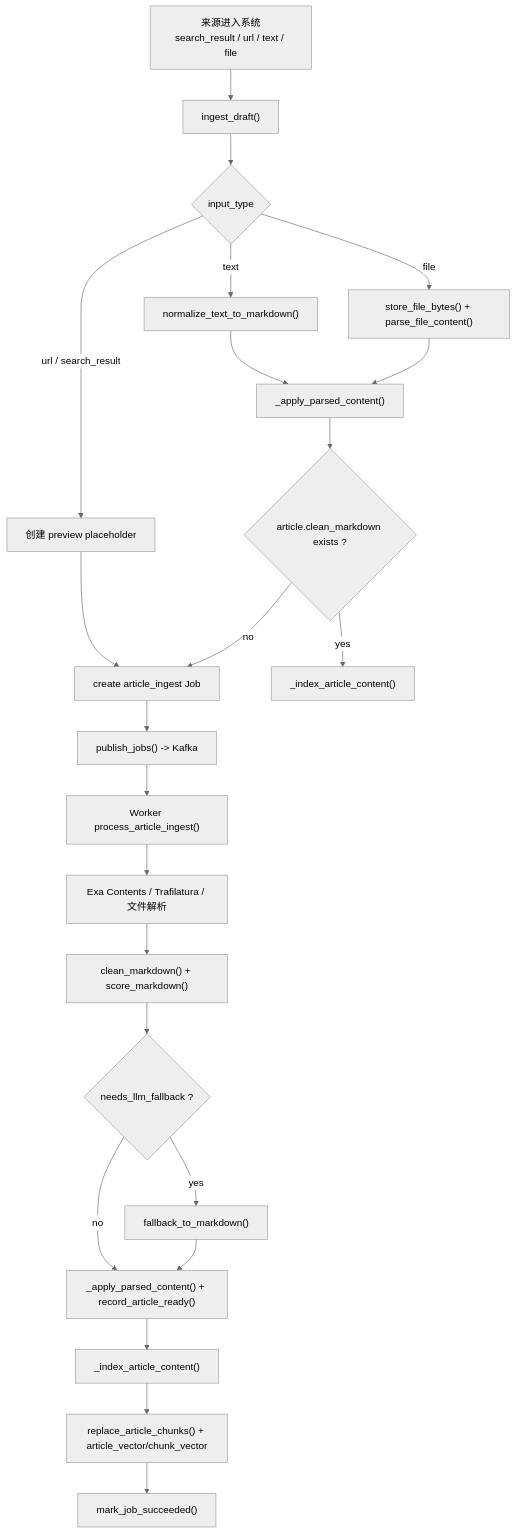
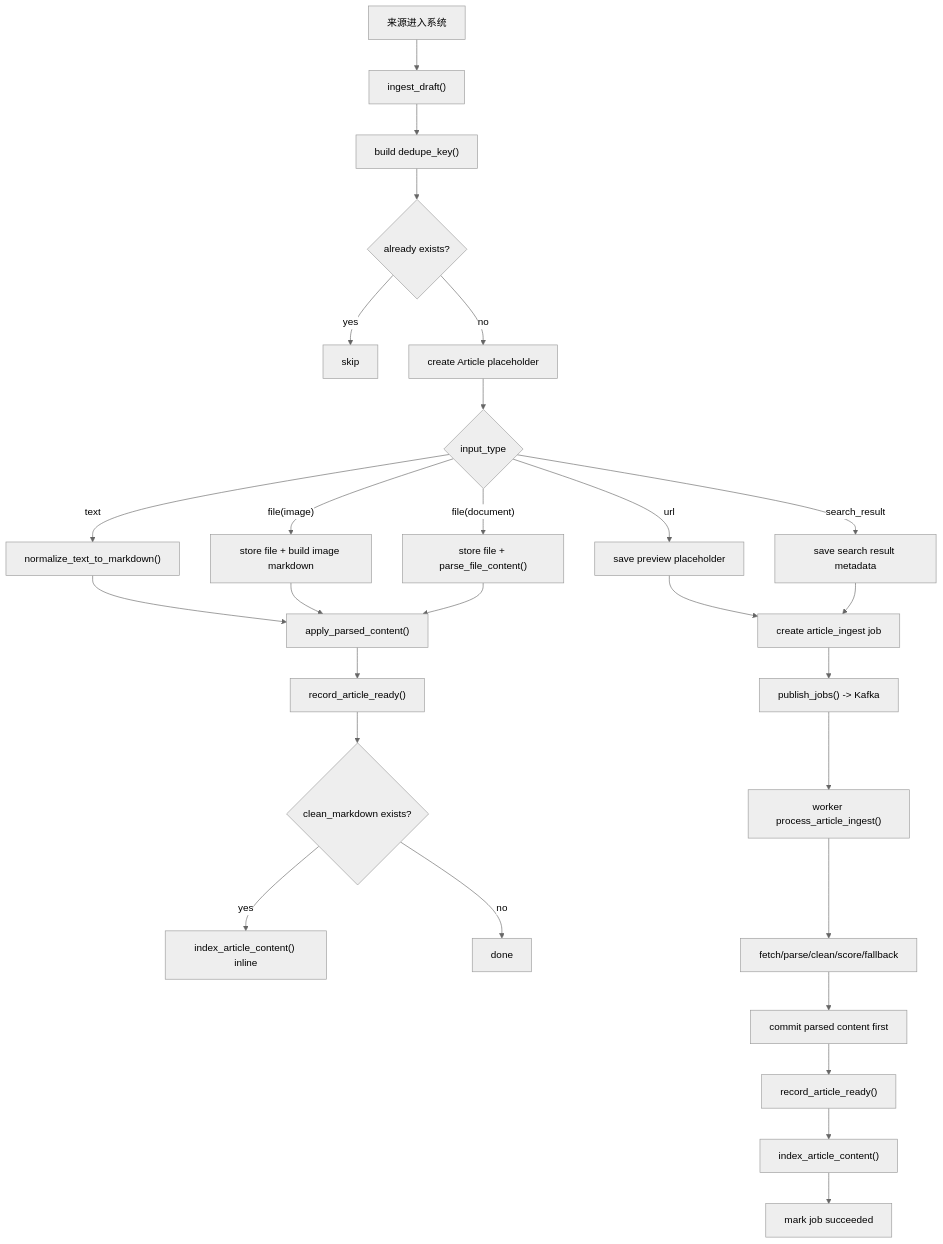
Before and after one commit to jiyue333/notebooklm: the sixth of 17 diagrams in docs/system-architecture.md, drawn with Mermaid (neutral theme). The commit also changed other lines of this file and 59 other files, not shown here.

````diff
--- a/docs/system-architecture.md
+++ b/docs/system-architecture.md
@@ -296,29 +383,34 @@
 ```mermaid
 flowchart TD
-    A["来源进入系统<br/>search_result / url / text / file"] --> B["ingest_draft()"]
-    B --> C{"input_type"}
+    A["来源进入系统"] --> B["ingest_draft()"]
+    B --> C["build dedupe_key()"]
+    C --> D{"already exists?"}
+    D -->|"yes"| E["skip"]
+    D -->|"no"| F["create Article placeholder"]
 
-    C -- "text" --> D["normalize_text_to_markdown()"]
-    C -- "file" --> E["store_file_bytes() + parse_file_content()"]
-    C -- "url / search_result" --> F["创建 preview placeholder"]
+    F --> G{"input_type"}
+    G -->|"text"| H["normalize_text_to_markdown()"]
+    G -->|"file(image)"| I["store file + build image markdown"]
+    G -->|"file(document)"| J["store file + parse_file_content()"]
+    G -->|"url"| K["save preview placeholder"]
+    G -->|"search_result"| L["save search result metadata"]
 
-    D --> G["_apply_parsed_content()"]
-    E --> G
-    F --> H["create article_ingest Job"]
+    H --> M["apply_parsed_content()"]
+    I --> M
+    J --> M
+    K --> N["create article_ingest job"]
+    L --> N
 
-    G --> I{"article.clean_markdown exists ?"}
-    I -- "yes" --> J["_index_article_content()"]
-    I -- "no" --> H
+    M --> O["record_article_ready()"]
+    O --> P{"clean_markdown exists?"}
+    P -->|"yes"| Q["index_article_content() inline"]
+    P -->|"no"| R["done"]
 
-    H --> K["publish_jobs() -> Kafka"]
-    K --> L["Worker process_article_ingest()"]
-    L --> M["Exa Contents / Trafilatura / 文件解析"]
-    M --> N["clean_markdown() + score_markdown()"]
-    N --> O{"needs_llm_fallback ?"}
-    O -- "yes" --> P["fallback_to_markdown()"]
-    O -- "no" --> Q["_apply_parsed_content() + record_article_ready()"]
-    P --> Q
-    Q --> R["_index_article_content()"]
-    R --> S["replace_article_chunks() + article_vector/chunk_vector"]
-    S --> T["mark_job_succeeded()"]
+    N --> S["publish_jobs() -> Kafka"]
+    S --> T["worker process_article_ingest()"]
+    T --> U["fetch/parse/clean/score/fallback"]
+    U --> V["commit parsed content first"]
+    V --> W["record_article_ready()"]
+    W --> X["index_article_content()"]
+    X --> Y["mark job succeeded"]
 ```
````
